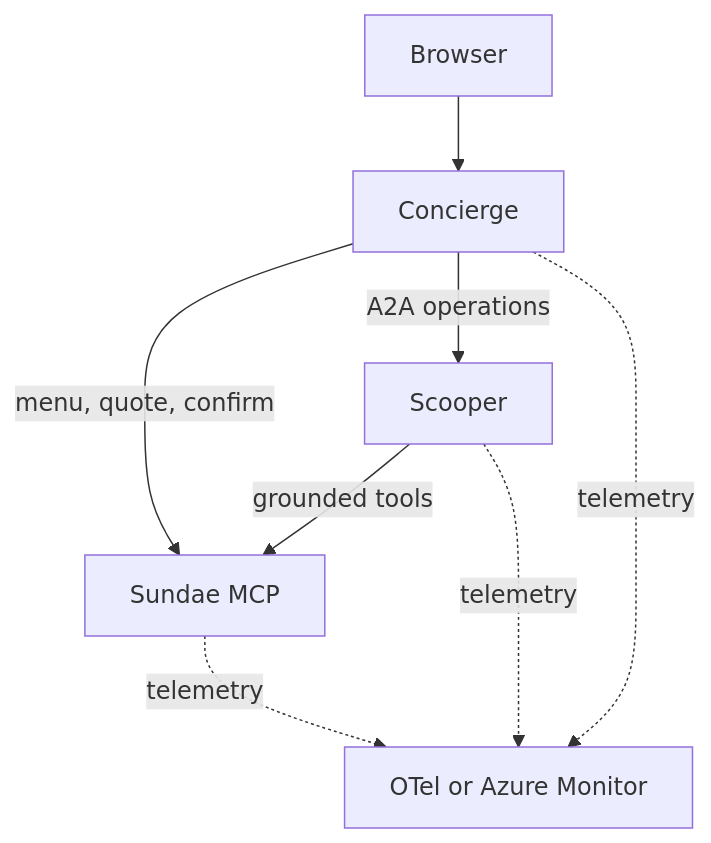
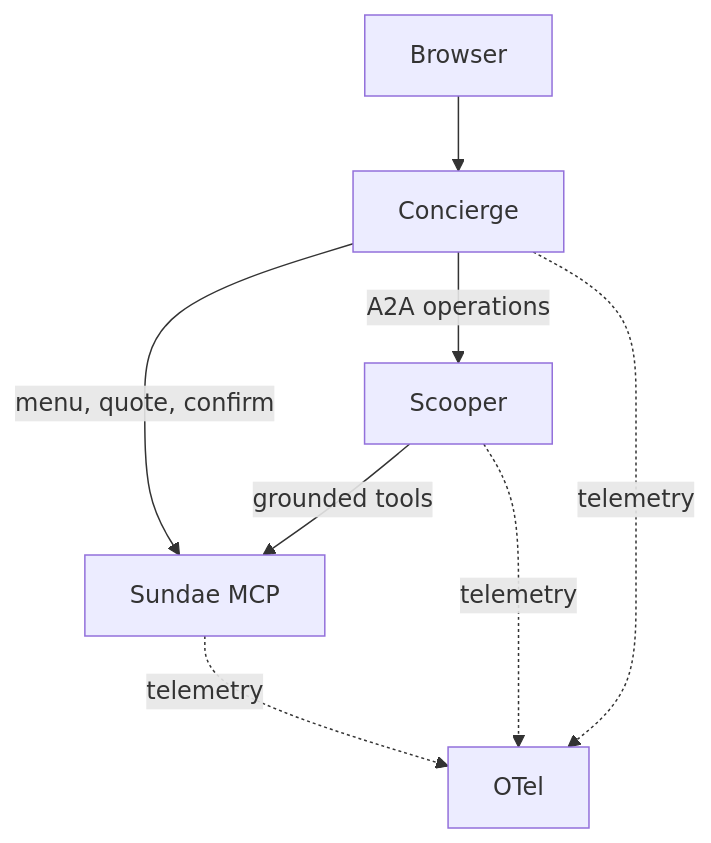
The diagram in README.md (pauldotyu/sundae-funday), drawn with Mermaid before and after one commit. The commit also changed other lines of this file and 12 other files, not shown here.

````diff
--- a/README.md
+++ b/README.md
@@ -7,10 +7,10 @@
 ```mermaid
 flowchart TD
     Browser --> Concierge
     Concierge -->|menu, quote, confirm| MCP[Sundae MCP]
     Concierge -->|A2A operations| Ops[Scooper]
     Ops -->|grounded tools| MCP
-    Concierge -. telemetry .-> Observe[OTel or Azure Monitor]
+    Concierge -. telemetry .-> Observe[OTel]
     Ops -. telemetry .-> Observe
     MCP -. telemetry .-> Observe
 ```
````
